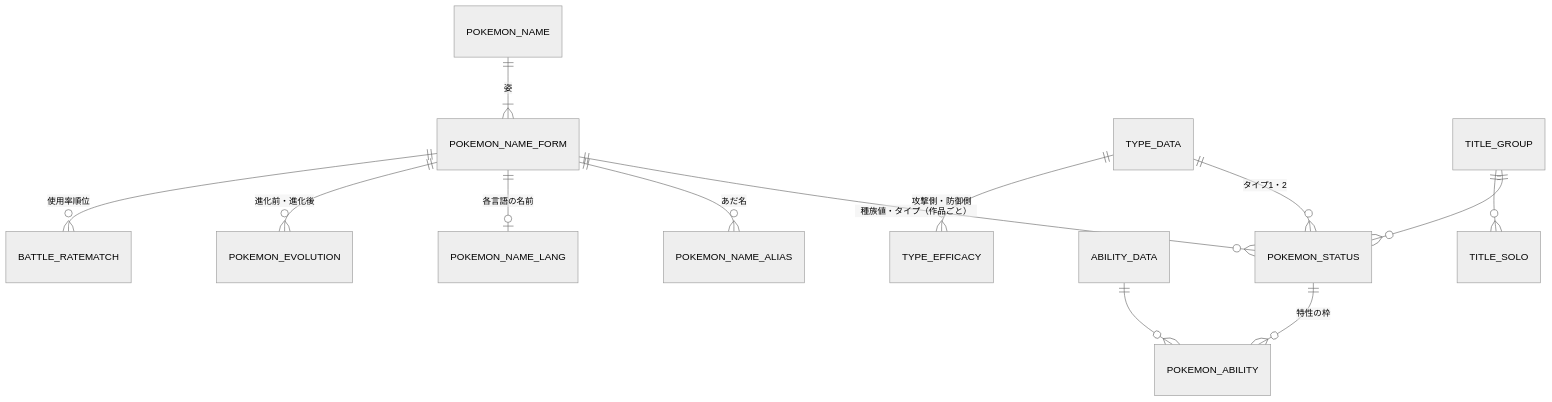
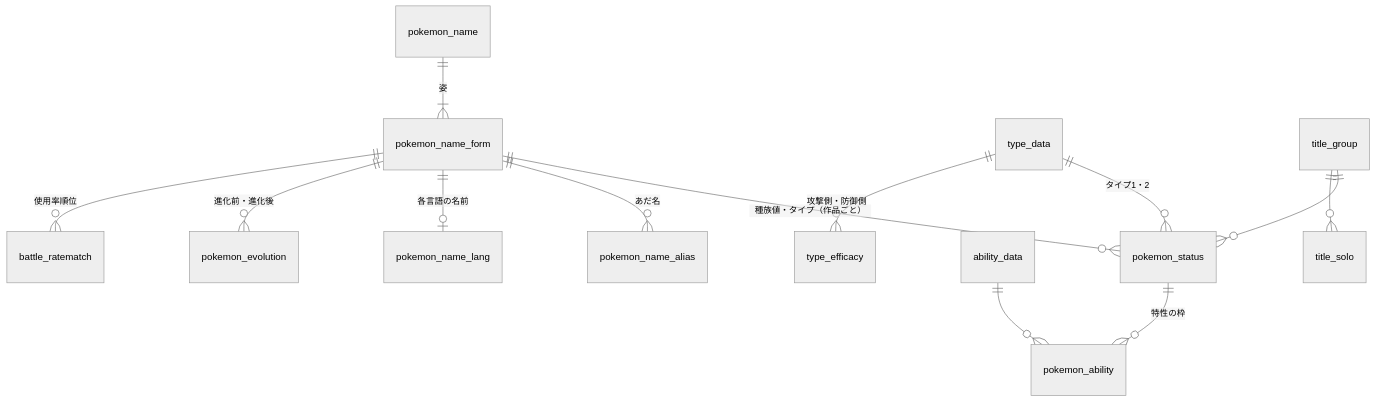
Before and after one commit to rurutheGeek/shake-cloud: the diagram in docs/reference/pokemondb.md, drawn with Mermaid (neutral theme). The commit also changed other lines of this file and 7 other files, not shown here.

````diff
--- a/docs/reference/pokemondb.md
+++ b/docs/reference/pokemondb.md
@@ -41,15 +43,15 @@
 ```mermaid
 erDiagram
-    POKEMON_NAME ||--|{ POKEMON_NAME_FORM : "姿"
-    POKEMON_NAME_FORM ||--o{ POKEMON_STATUS : "種族値・タイプ（作品ごと）"
-    POKEMON_NAME_FORM ||--o{ POKEMON_NAME_ALIAS : "あだ名"
-    POKEMON_NAME_FORM ||--o| POKEMON_NAME_LANG : "各言語の名前"
-    POKEMON_NAME_FORM ||--o{ POKEMON_EVOLUTION : "進化前・進化後"
-    POKEMON_NAME_FORM ||--o{ BATTLE_RATEMATCH : "使用率順位"
-    POKEMON_STATUS ||--o{ POKEMON_ABILITY : "特性の枠"
-    ABILITY_DATA ||--o{ POKEMON_ABILITY : ""
-    TYPE_DATA ||--o{ POKEMON_STATUS : "タイプ1・2"
-    TYPE_DATA ||--o{ TYPE_EFFICACY : "攻撃側・防御側"
-    TITLE_GROUP ||--o{ POKEMON_STATUS : ""
-    TITLE_GROUP ||--o{ TITLE_SOLO : ""
+    pokemon_name ||--|{ pokemon_name_form : "姿"
+    pokemon_name_form ||--o{ pokemon_status : "種族値・タイプ（作品ごと）"
+    pokemon_name_form ||--o{ pokemon_name_alias : "あだ名"
+    pokemon_name_form ||--o| pokemon_name_lang : "各言語の名前"
+    pokemon_name_form ||--o{ pokemon_evolution : "進化前・進化後"
+    pokemon_name_form ||--o{ battle_ratematch : "使用率順位"
+    pokemon_status ||--o{ pokemon_ability : "特性の枠"
+    ability_data ||--o{ pokemon_ability : ""
+    type_data ||--o{ pokemon_status : "タイプ1・2"
+    type_data ||--o{ type_efficacy : "攻撃側・防御側"
+    title_group ||--o{ pokemon_status : ""
+    title_group ||--o{ title_solo : ""
 ```
````
